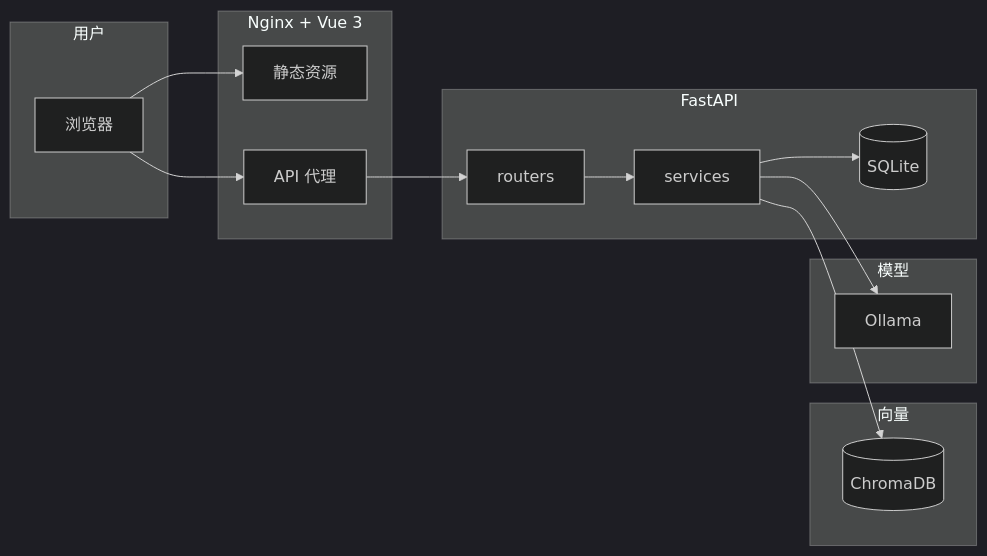
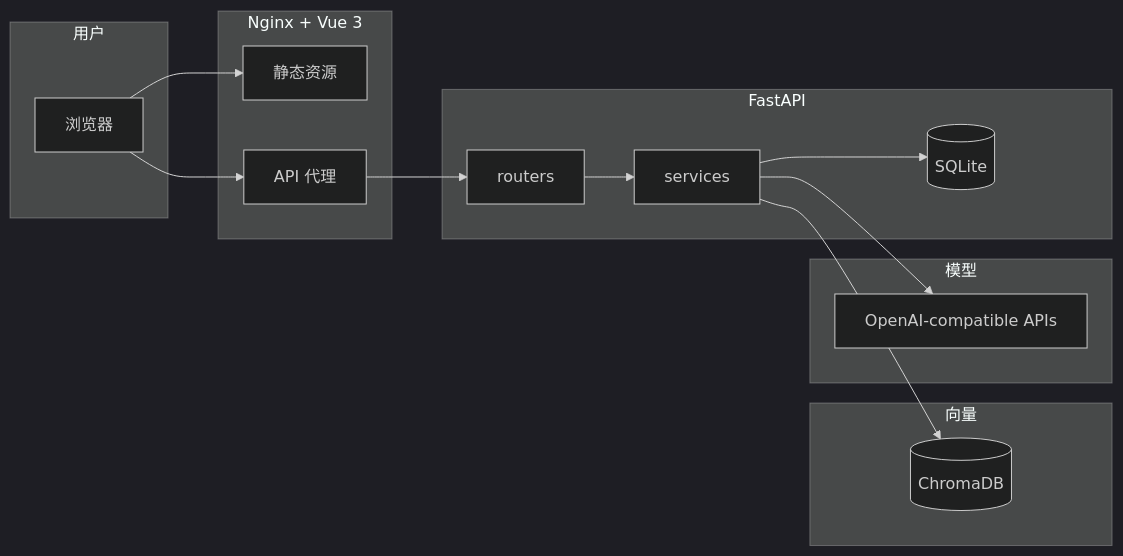
The diagram in DEVELOPMENT.md (Ping-z330/knowledge-ai), drawn with Mermaid (dark theme) before and after one commit. The commit also changed other lines of this file and 37 other files, not shown here.

````diff
--- a/DEVELOPMENT.md
+++ b/DEVELOPMENT.md
@@ -11,33 +11,33 @@
 ```mermaid
 flowchart LR
     subgraph 用户
         B[浏览器]
     end
 
     subgraph 前端[Nginx + Vue 3]
         F[静态资源]
         P[API 代理]
     end
 
     subgraph 后端[FastAPI]
         R[routers]
         S[services]
         DB[(SQLite)]
     end
 
     subgraph 向量
         CH[(ChromaDB)]
     end
 
     subgraph 模型
-        OL[Ollama]
+        OL[OpenAI-compatible APIs]
     end
 
     B --> F
     B --> P
     P --> R
     R --> S
     S --> DB
     S --> CH
     S --> OL
 ```
````
